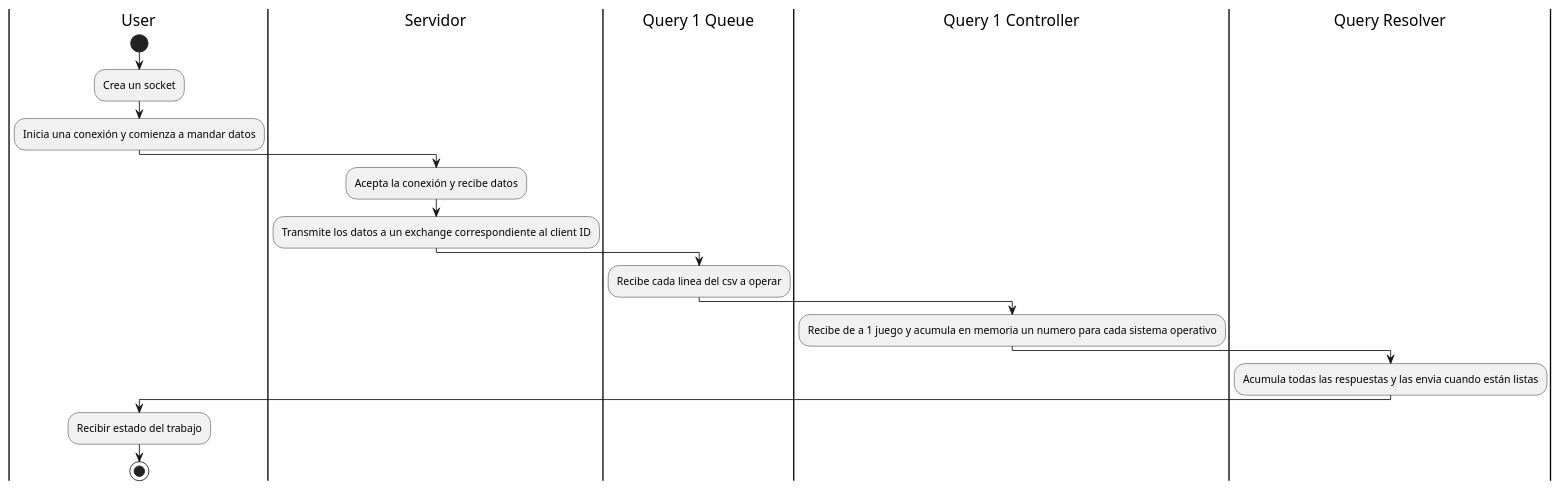
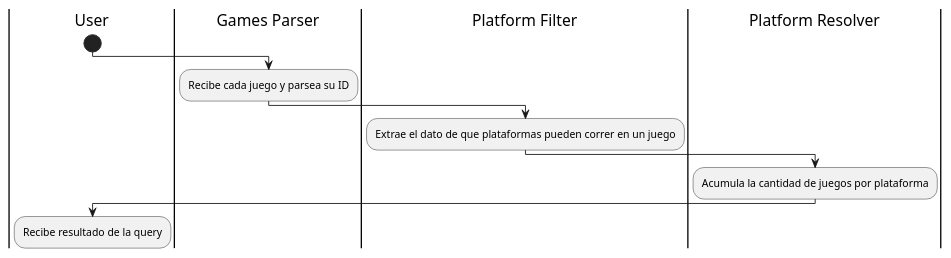
Before and after one commit to AbrahamOsco/TP1-Distribuidos: the diagram in diagrams/activity/query1.puml, drawn with PlantUML. The commit also changed 5 other files, not shown here.

Commit message:
feat: updated activity diagrams

```diff
--- a/diagrams/activity/query1.puml
+++ b/diagrams/activity/query1.puml
@@ -1,24 +1,12 @@
 @startuml
 |User|
 start
-:Crea un socket;
-:Inicia una conexión y comienza a mandar datos;
-
-|Servidor|
-:Acepta la conexión y recibe datos;
-:Transmite los datos a un exchange correspondiente al client ID;
-
-|Query 1 Queue|
-:Recibe cada linea del csv a operar;
-
-|Query 1 Controller|
-:Recibe de a 1 juego y acumula en memoria un numero para cada sistema operativo;
-
-|Query Resolver|
-:Acumula todas las respuestas y las envia cuando están listas;
-
-|User|
-:Recibir estado del trabajo;
-stop
-
+   |Games Parser|
+   :Recibe cada juego y parsea su ID;
+   |Platform Filter|
+   :Extrae el dato de que plataformas pueden correr en un juego;
+   |Platform Resolver|
+   :Acumula la cantidad de juegos por plataforma;
+   |User|
+   :Recibe resultado de la query;
 @enduml
```
